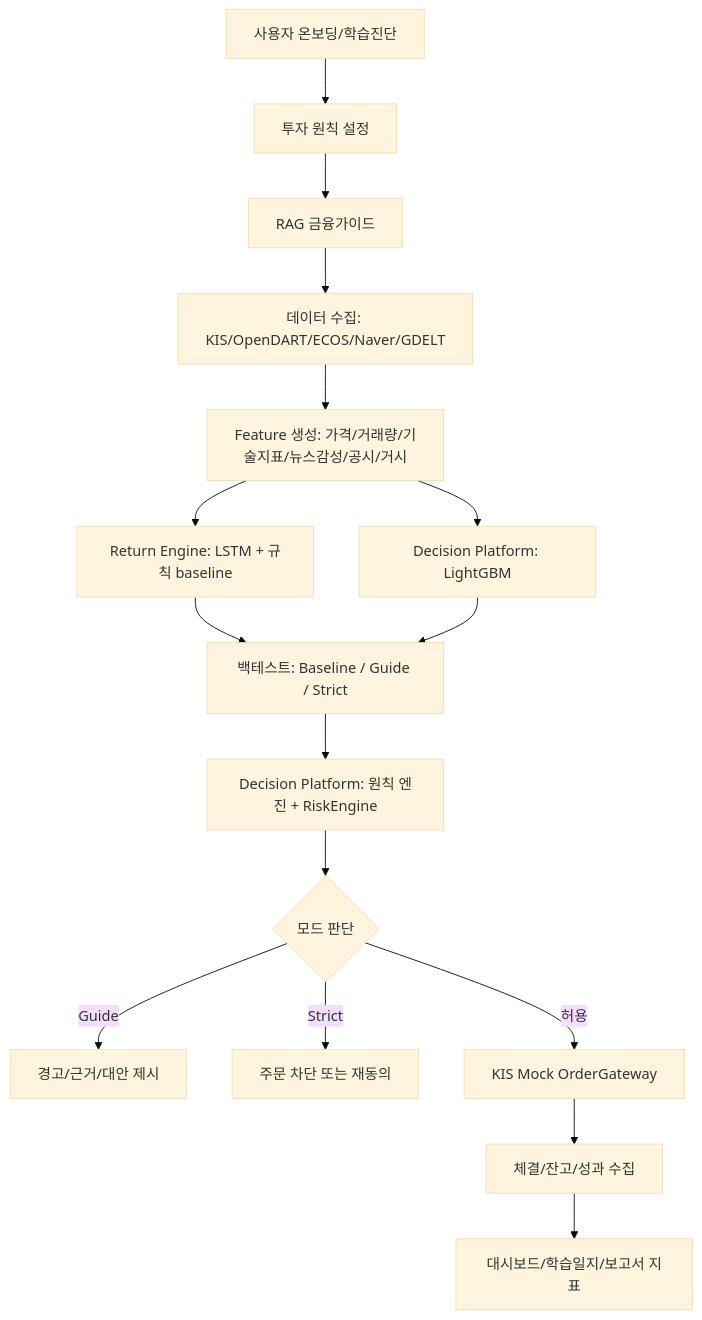
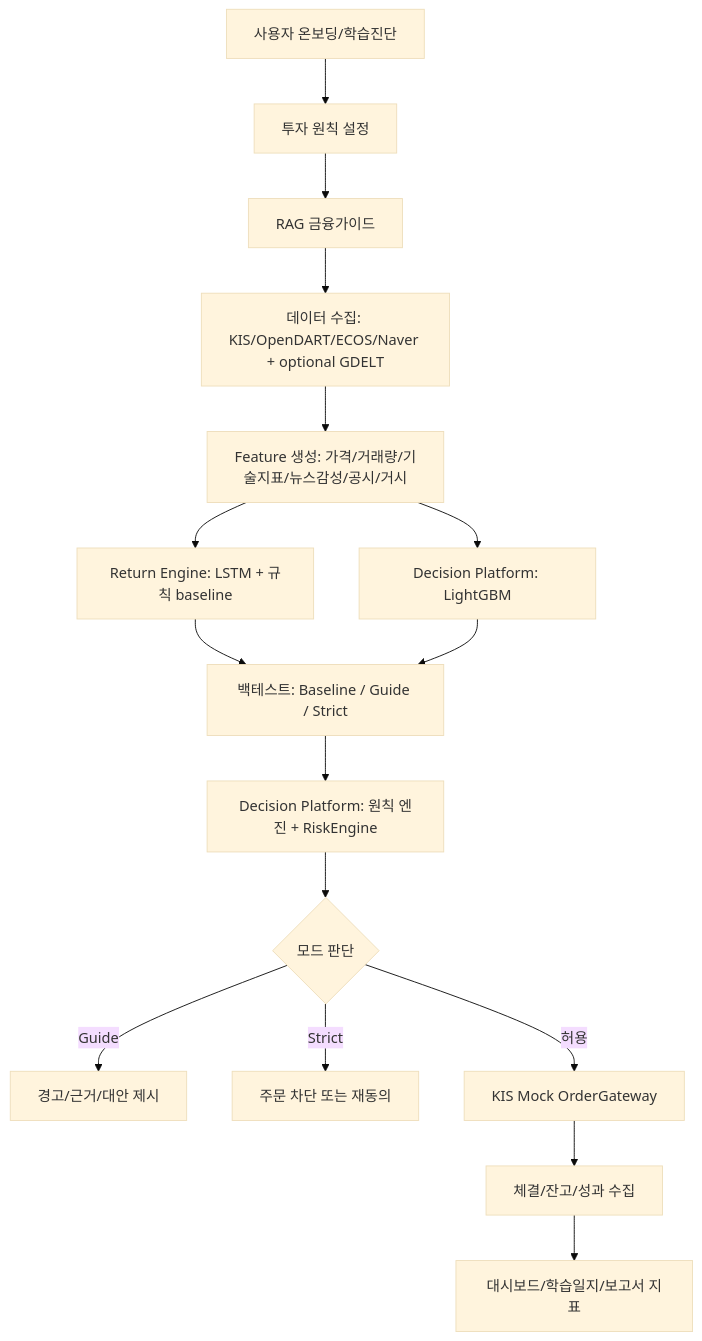
Before and after one commit to robinhood0107/Capstone-AI-Trading-Coach: the diagram in docs/최종_프로젝트_명세서.md, drawn with Mermaid (base theme). The commit also changed other lines of this file and 7 other files, not shown here.

````diff
--- a/docs/최종_프로젝트_명세서.md
+++ b/docs/최종_프로젝트_명세서.md
@@ -259,18 +259,18 @@
 ```mermaid
 flowchart TD
   A["사용자 온보딩/학습진단"] --> B["투자 원칙 설정"]
   B --> C["RAG 금융가이드"]
-  C --> D["데이터 수집: KIS/OpenDART/ECOS/Naver/GDELT"]
+  C --> D["데이터 수집: KIS/OpenDART/ECOS/Naver + optional GDELT"]
   D --> E["Feature 생성: 가격/거래량/기술지표/뉴스감성/공시/거시"]
   E --> F["Return Engine: LSTM + 규칙 baseline"]
   E --> LG["Decision Platform: LightGBM"]
   F --> G["백테스트: Baseline / Guide / Strict"]
   LG --> G
   G --> H["Decision Platform: 원칙 엔진 + RiskEngine"]
   H --> I{"모드 판단"}
   I -->|Guide| J["경고/근거/대안 제시"]
   I -->|Strict| K["주문 차단 또는 재동의"]
   I -->|허용| L["KIS Mock OrderGateway"]
   L --> M["체결/잔고/성과 수집"]
   M --> N["대시보드/학습일지/보고서 지표"]
 ```
````
